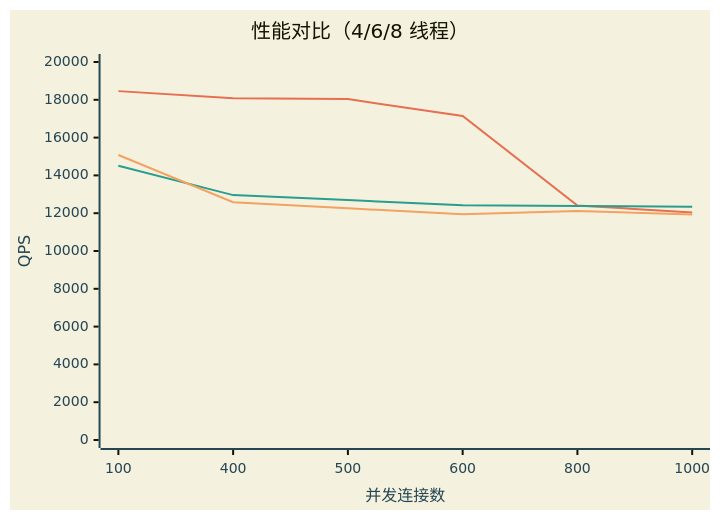
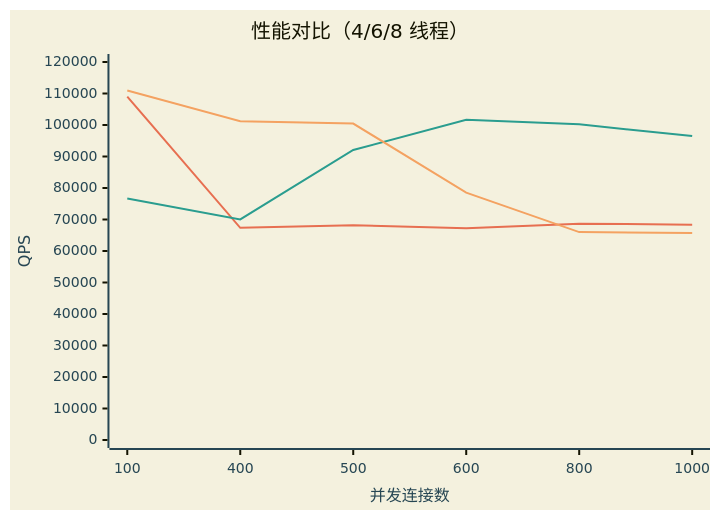
The fourth of 4 diagrams in stress-test/neo-stress-test.md (iLogIng/http_server), drawn with Mermaid before and after one commit. The commit also changed other lines of this file, not shown here.

````diff
--- a/stress-test/neo-stress-test.md
+++ b/stress-test/neo-stress-test.md
@@ -374,26 +354,26 @@
 ```mermaid
 %%{
   init: {
     'theme': 'base',
     'themeVariables': {
       'xyChart': {
         'plotColorPalette': '#E76F51, #2A9D8F, #F4A261',
         'xAxisLineColor': '#264653',
         'yAxisLineColor': '#264653',
         'xAxisTitleColor': '#264653',
         'yAxisTitleColor': '#264653',
         'xAxisLabelColor': '#264653',
         'yAxisLabelColor': '#264653',
         'backgroundColor': '#F4F1DE'
       }
     }
   }
 }%%
 xychart-beta
     title "性能对比（4/6/8 线程）"
     x-axis "并发连接数" [100, 400, 500, 600, 800, 1000]
-    y-axis "QPS" 0 --> 20000
-    line "4-线程" [18459, 18081, 18036, 17147, 12410, 12039]
-    line "6-线程" [14511, 12958, 12694, 12421, 12379, 12344]
-    line "8-线程" [15080, 12580, 12262, 11939, 12110, 11932]
+    y-axis "QPS" 0 --> 120000
+    line "4-线程" [109014, 67369, 68167, 67254, 68674, 68352]
+    line "6-线程" [76663, 70014, 92078, 101649, 100209, 96471]
+    line "8-线程" [110948, 101198, 100449, 78548, 65994, 65711]
 ```
````
